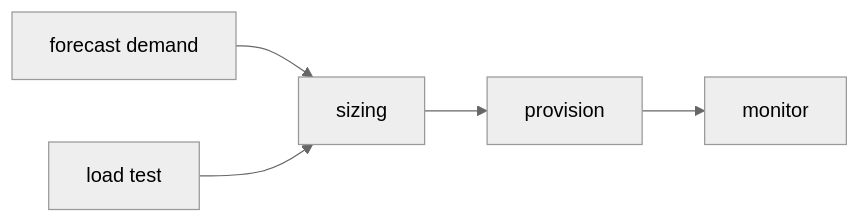
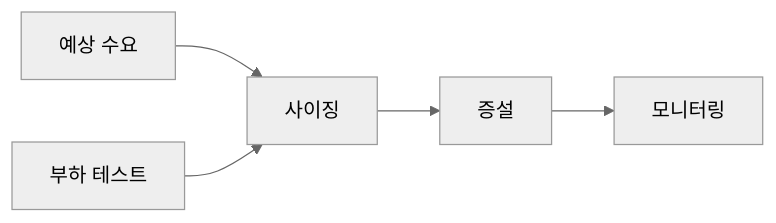
The diagram in content/sre-101/ko/09-capacity-planning.md (yeongseon-books/book-content), drawn with Mermaid (neutral theme) before and after one commit. The commit also changed other lines of this file and 9 other files, not shown here.

````diff
--- a/content/sre-101/ko/09-capacity-planning.md
+++ b/content/sre-101/ko/09-capacity-planning.md
@@ -33,7 +47,7 @@
 ```mermaid
 flowchart LR
-    Demand["forecast demand"] --> Sizing["sizing"]
-    LoadTest["load test"] --> Sizing
-    Sizing --> Buy["provision"]
-    Buy --> Monitor["monitor"]
+    Demand["예상 수요"] --> Sizing["사이징"]
+    LoadTest["부하 테스트"] --> Sizing
+    Sizing --> Buy["증설"]
+    Buy --> Monitor["모니터링"]
 ```
````
